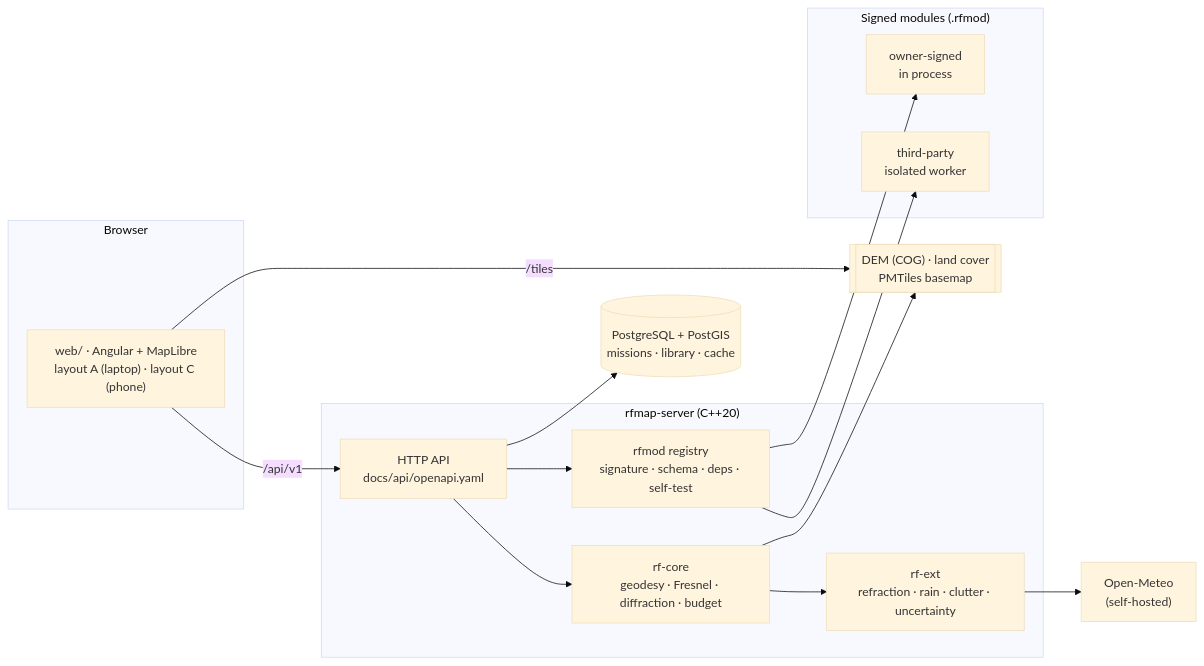
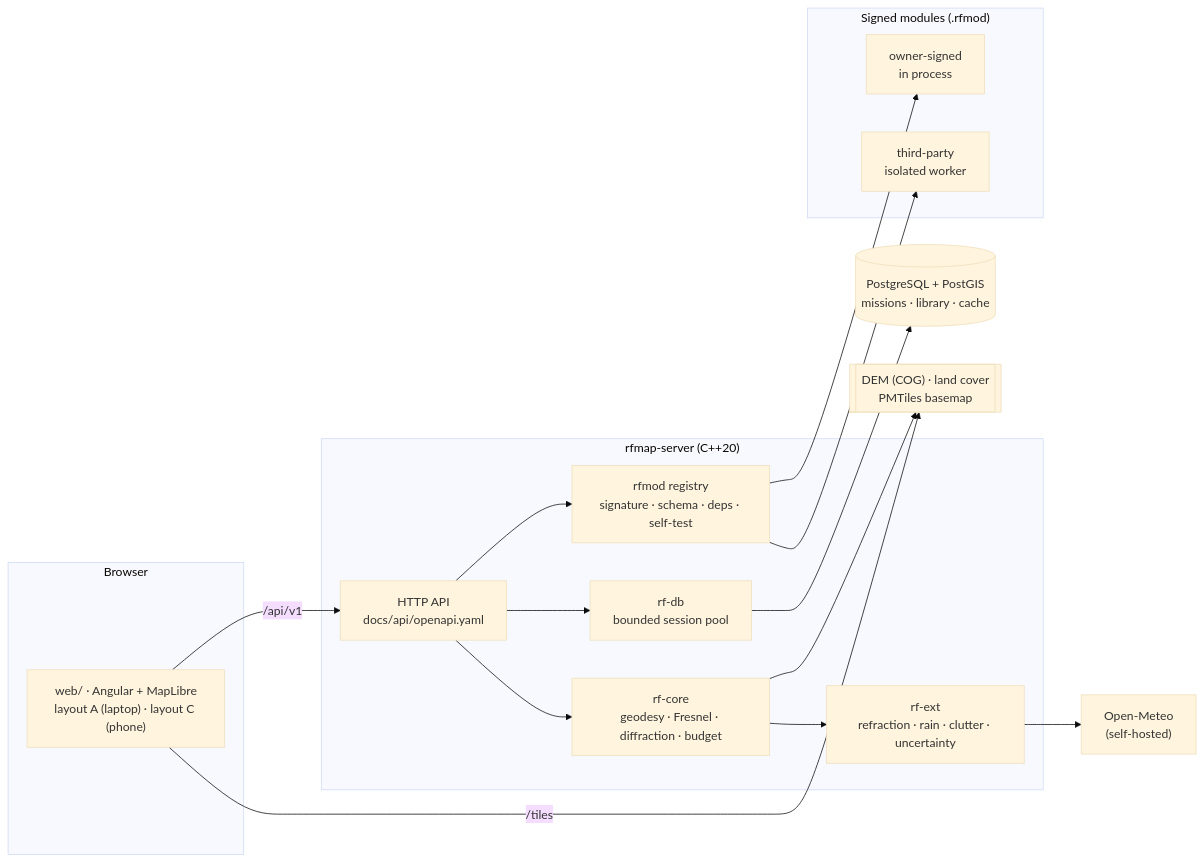
The diagram in README.md (Rufics/fpv-radio-map), drawn with Mermaid (base theme) before and after one commit. The commit also changed other lines of this file and 38 other files, not shown here.

````diff
--- a/README.md
+++ b/README.md
@@ -116,28 +116,29 @@
 ```mermaid
 flowchart LR
   subgraph Browser
     W["web/ · Angular + MapLibre<br/>layout A (laptop) · layout C (phone)"]
   end
   subgraph Server["rfmap-server (C++20)"]
     API["HTTP API<br/>docs/api/openapi.yaml"]
     CORE["rf-core<br/>geodesy · Fresnel · diffraction · budget"]
     EXT["rf-ext<br/>refraction · rain · clutter · uncertainty"]
     REG["rfmod registry<br/>signature · schema · deps · self-test"]
+    POOL["rf-db<br/>bounded session pool"]
   end
   subgraph Modules["Signed modules (.rfmod)"]
     OWN["owner-signed<br/>in process"]
     THIRD["third-party<br/>isolated worker"]
   end
   DB[("PostgreSQL + PostGIS<br/>missions · library · cache")]
   DEM[["DEM (COG) · land cover<br/>PMTiles basemap"]]
   OM["Open-Meteo<br/>(self-hosted)"]
 
   W -->|/api/v1| API
   W -->|/tiles| DEM
   API --> CORE --> EXT
   API --> REG --> OWN
   REG --> THIRD
-  API --> DB
+  API --> POOL --> DB
   CORE --> DEM
   EXT --> OM
 ```
````
